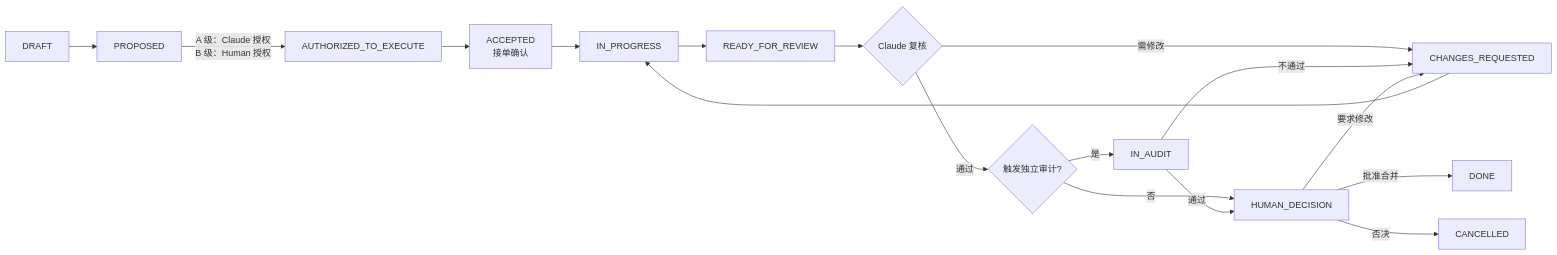
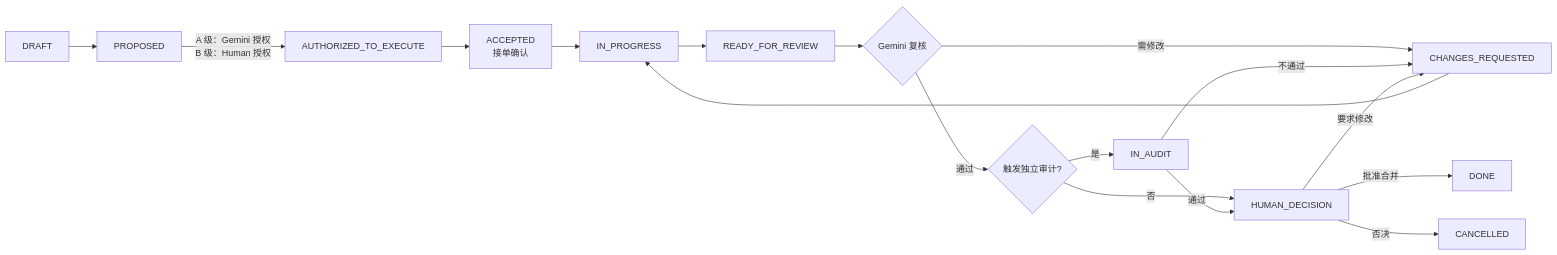
The second of 2 diagrams in AGENTS.md (fitalex/LexAIDaily), drawn with Mermaid before and after one commit. The commit also changed other lines of this file and 6 other files, not shown here.

````diff
--- a/AGENTS.md
+++ b/AGENTS.md
@@ -65,19 +61,19 @@
 ```mermaid
 flowchart LR
     D[DRAFT] --> P[PROPOSED]
-    P -->|A 级：Claude 授权<br/>B 级：Human 授权| AU[AUTHORIZED_TO_EXECUTE]
+    P -->|A 级：Gemini 授权<br/>B 级：Human 授权| AU[AUTHORIZED_TO_EXECUTE]
     AU --> AC[ACCEPTED<br/>接单确认]
     AC --> IP[IN_PROGRESS]
     IP --> RR[READY_FOR_REVIEW]
-    RR --> RV{Claude 复核}
+    RR --> RV{Gemini 复核}
     RV -->|需修改| CR[CHANGES_REQUESTED]
     CR --> IP
     RV -->|通过| TR{触发独立审计?}
     TR -->|是| IA[IN_AUDIT]
     TR -->|否| HD[HUMAN_DECISION]
     IA -->|通过| HD
     IA -->|不通过| CR
     HD -->|批准合并| DN[DONE]
     HD -->|要求修改| CR
     HD -->|否决| CX[CANCELLED]
 ```
````
